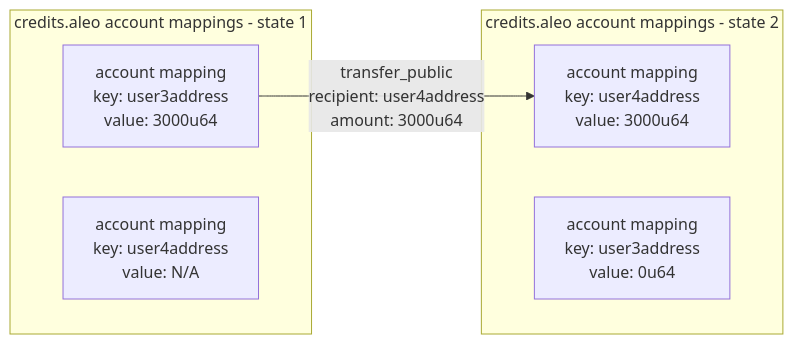
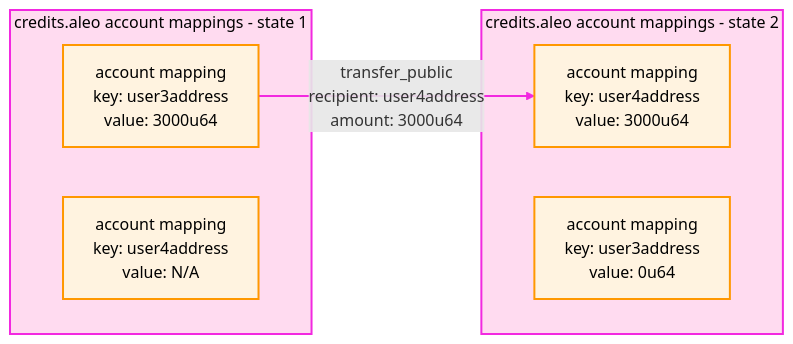
The fourth of 5 diagrams in docs/Guide/05_transfers.md (ProvableHQ/sdk), drawn with Mermaid before and after one commit. The commit also changed other lines of this file and 1 other file, not shown here.

````diff
--- a/docs/Guide/05_transfers.md
+++ b/docs/Guide/05_transfers.md
@@ -83,12 +128,17 @@
 ```mermaid
 graph LR
-    subgraph credits.aleo account mappings - state 2
+    subgraph state2["credits.aleo account mappings - state 2"]
         m3[account mapping \n key: user4address \n value: 3000u64]
         m4[account mapping \n key: user3address \n value: 0u64]
     end
 
-    subgraph credits.aleo account mappings - state 1
+    subgraph state1["credits.aleo account mappings - state 1"]
         m2[account mapping \n key: user3address \n value: 3000u64]--transfer_public \n recipient: user4address \n amount: 3000u64-->m3
         m1[account mapping \n key: user4address \n value: N/A]
     end
+
+    classDef default fill:#fff3e0,stroke:#ff9800,stroke-width:2px,color:#000;
+    style state1 fill:#ffdbf0,stroke:#f229e0,stroke-width:2px,color:#000;
+    style state2 fill:#ffdbf0,stroke:#f229e0,stroke-width:2px,color:#000;
+    linkStyle default stroke:#f229e0,stroke-width:2px;
 ```
````
